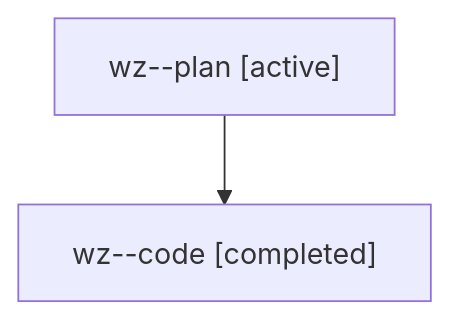
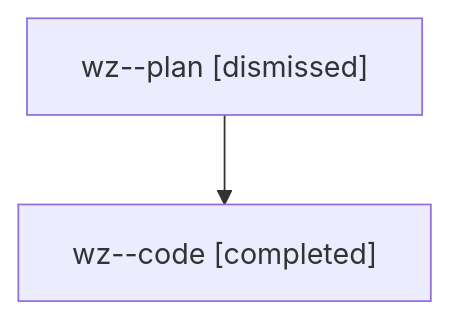
Before and after one commit to sase-org/sase--agents: the diagram in sessions/bbugyi200.athena.wz.md, drawn with Mermaid. The commit also changed other lines of this file and 42 other files, not shown here.

````diff
--- a/sessions/bbugyi200.athena.wz.md
+++ b/sessions/bbugyi200.athena.wz.md
@@ -9,6 +9,6 @@
 ```mermaid
 flowchart TD
-  n0["wz--plan [active]"]
+  n0["wz--plan [dismissed]"]
   n1["wz--code [completed]"]
   n0 --> n1
 ```
````
